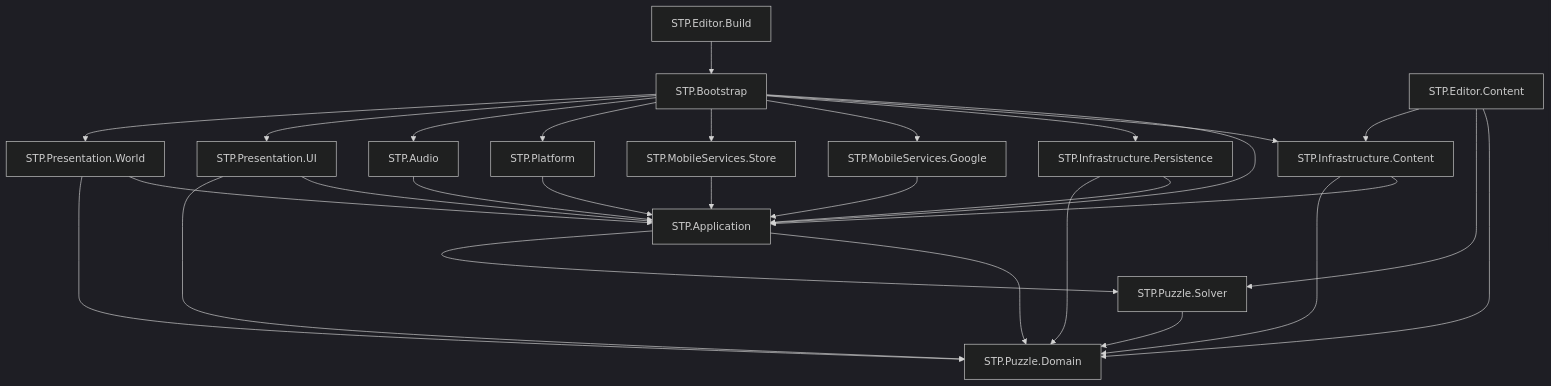
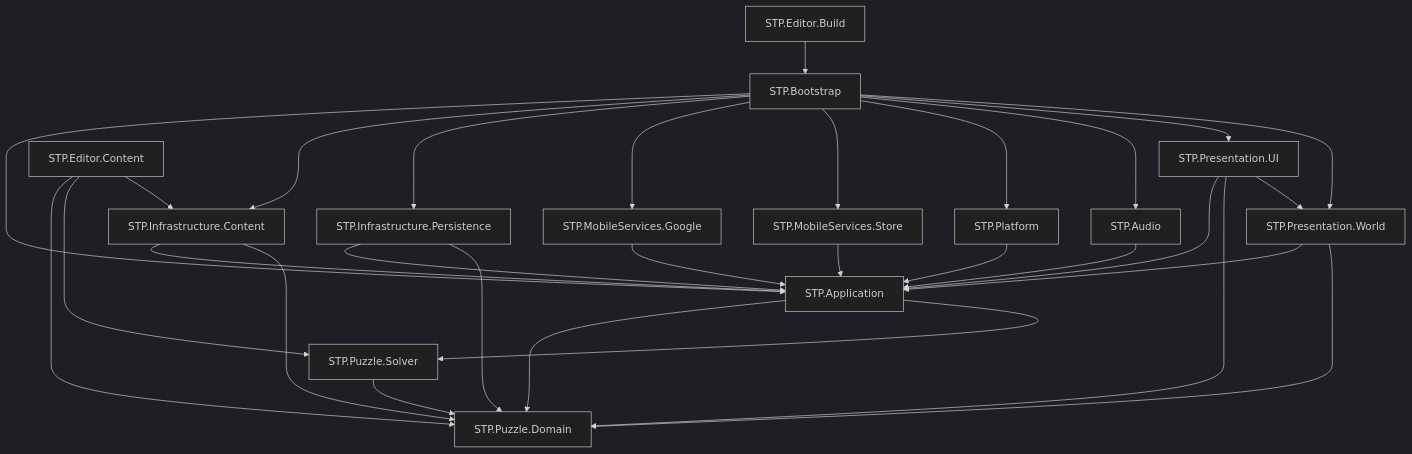
The diagram in ARCHITECTURE/MODULE_BOUNDARIES.md (Al1l1l1l1l1/Stammstrecken-Puzzle), drawn with Mermaid (dark theme) before and after one commit. The commit also changed other lines of this file and 87 other files, not shown here.

````diff
--- a/ARCHITECTURE/MODULE_BOUNDARIES.md
+++ b/ARCHITECTURE/MODULE_BOUNDARIES.md
@@ -118,32 +118,33 @@
 ```mermaid
 flowchart TD
     Domain[STP.Puzzle.Domain]
     Solver[STP.Puzzle.Solver] --> Domain
     App[STP.Application] --> Domain
     App --> Solver
     Content[STP.Infrastructure.Content] --> App
     Content --> Domain
     Persist[STP.Infrastructure.Persistence] --> App
     Persist --> Domain
     Google[STP.MobileServices.Google] --> App
     Store[STP.MobileServices.Store] --> App
     Platform[STP.Platform] --> App
     Audio[STP.Audio] --> App
     UI[STP.Presentation.UI] --> App
     UI --> Domain
+    UI --> World
     World[STP.Presentation.World] --> App
     World --> Domain
     Bootstrap[STP.Bootstrap] --> App
     Bootstrap --> Content
     Bootstrap --> Persist
     Bootstrap --> Google
     Bootstrap --> Store
     Bootstrap --> Platform
     Bootstrap --> Audio
     Bootstrap --> UI
     Bootstrap --> World
     EditorContent[STP.Editor.Content] --> Domain
     EditorContent --> Solver
     EditorContent --> Content
     EditorBuild[STP.Editor.Build] --> Bootstrap
 ```
````
